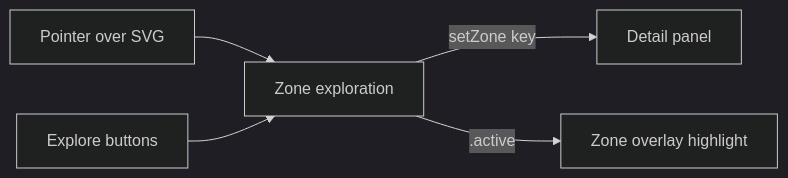
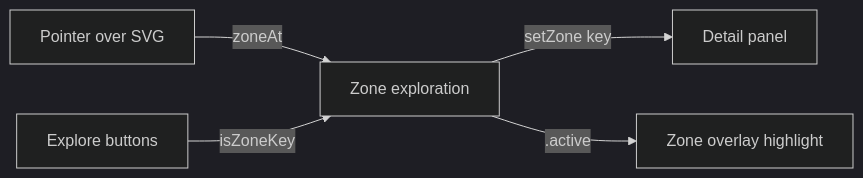
The diagram in droid-wiki/features/index.md (FranklinP44/ikigai), drawn with Mermaid (dark theme) before and after one commit. The commit also changed other lines of this file and 30 other files, not shown here.

````diff
--- a/droid-wiki/features/index.md
+++ b/droid-wiki/features/index.md
@@ -10,7 +10,7 @@
 ```mermaid
 graph LR
-    Pointer[Pointer over SVG] --> ZE[Zone exploration]
-    Pills[Explore buttons] --> ZE
+    Pointer[Pointer over SVG] -->|zoneAt| ZE[Zone exploration]
+    Pills[Explore buttons] -->|isZoneKey| ZE
     ZE -->|setZone key| DP[Detail panel]
     ZE -->|.active| Overlay[Zone overlay highlight]
 ```
````
